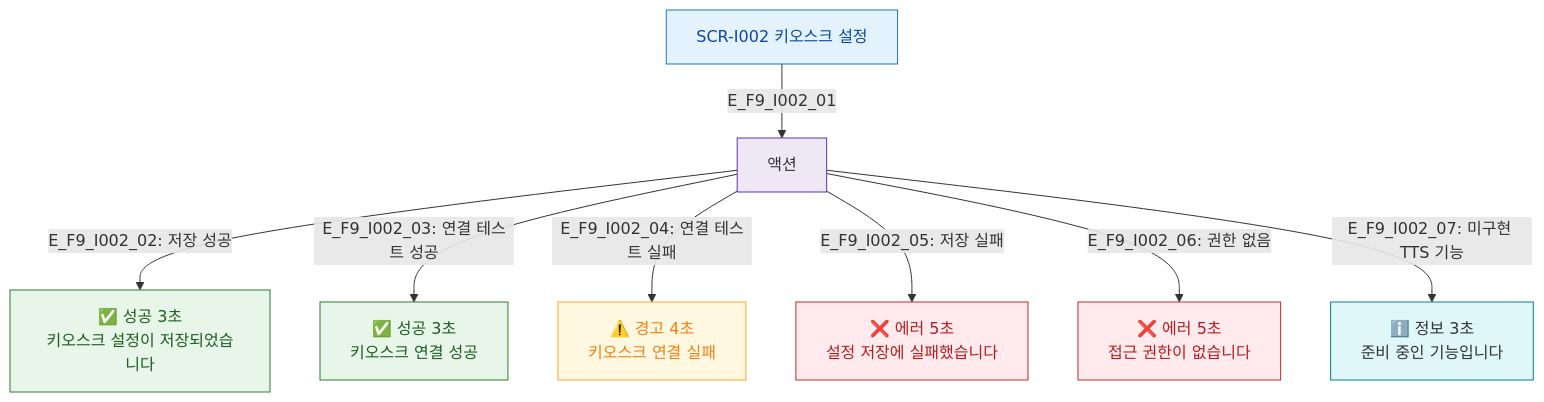
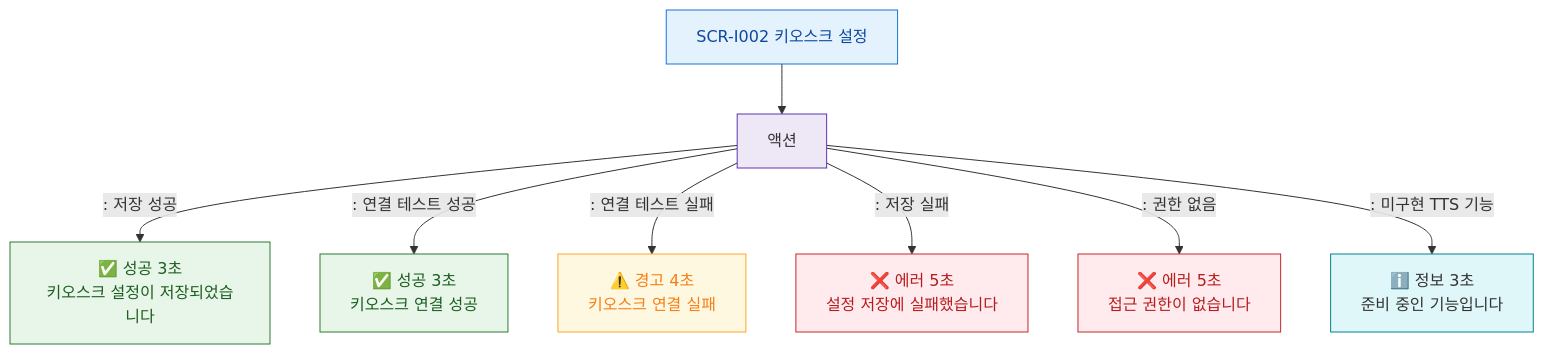
One commit to dev-spogym/admin-pando changed the diagram in docs/다이어그램/D11_통합운영/SCR-I002_키오스크설정/F9_토스트.md. Above: the diagram before and after it, drawn with Mermaid. The commit also changed other lines of this file and 1660 other files, not shown here.

First line of the commit message:
다이어그램: 기획자/클라이언트 납품본으로 정리

````diff
--- a/docs/다이어그램/D11_통합운영/SCR-I002_키오스크설정/F9_토스트.md
+++ b/docs/다이어그램/D11_통합운영/SCR-I002_키오스크설정/F9_토스트.md
@@ -16,24 +14,24 @@
 ```mermaid
 flowchart TD
-    SCR_I002[SCR-I002 키오스크 설정] -->|E_F9_I002_01| ACTIONS[액션]
+    SCR_I002[SCR-I002 키오스크 설정] --> ACTIONS[액션]
 
-    ACTIONS -->|"E_F9_I002_02: 저장 성공"| T_OK[✅ 성공 3초\n키오스크 설정이 저장되었습니다]
-    ACTIONS -->|"E_F9_I002_03: 연결 테스트 성공"| T_OK2[✅ 성공 3초\n키오스크 연결 성공]
-    ACTIONS -->|"E_F9_I002_04: 연결 테스트 실패"| T_WARN[⚠️ 경고 4초\n키오스크 연결 실패]
-    ACTIONS -->|"E_F9_I002_05: 저장 실패"| T_ERR[❌ 에러 5초\n설정 저장에 실패했습니다]
-    ACTIONS -->|"E_F9_I002_06: 권한 없음"| T_ERR2[❌ 에러 5초\n접근 권한이 없습니다]
-    ACTIONS -->|"E_F9_I002_07: 미구현 TTS 기능"| T_INFO[ℹ️ 정보 3초\n준비 중인 기능입니다]
+    ACTIONS -->|": 저장 성공"|T_OK[✅ 성공 3초\n키오스크 설정이 저장되었습니다]
+    ACTIONS -->|": 연결 테스트 성공"|T_OK2[✅ 성공 3초\n키오스크 연결 성공]
+    ACTIONS -->|": 연결 테스트 실패"|T_WARN[⚠️ 경고 4초\n키오스크 연결 실패]
+    ACTIONS -->|": 저장 실패"|T_ERR[❌ 에러 5초\n설정 저장에 실패했습니다]
+    ACTIONS -->|": 권한 없음"|T_ERR2[❌ 에러 5초\n접근 권한이 없습니다]
+    ACTIONS -->|": 미구현 TTS 기능"|T_INFO[ℹ️ 정보 3초\n준비 중인 기능입니다]
 
-    classDef success      fill:#E8F5E9,stroke:#2E7D32,color:#1B5E20
-    classDef warning      fill:#FFF8E1,stroke:#F9A825,color:#F57F17
-    classDef error        fill:#FFEBEE,stroke:#C62828,color:#B71C1C
-    classDef info         fill:#E0F7FA,stroke:#00838F
-    classDef screen       fill:#E3F2FD,stroke:#1976D2,color:#0D47A1
-    classDef system       fill:#EDE7F6,stroke:#5E35B2
+    classDef success fill:#E8F5E9,stroke:#2E7D32,color:#1B5E20
+    classDef warning fill:#FFF8E1,stroke:#F9A825,color:#F57F17
+    classDef error fill:#FFEBEE,stroke:#C62828,color:#B71C1C
+    classDef info fill:#E0F7FA,stroke:#00838F
+    classDef screen fill:#E3F2FD,stroke:#1976D2,color:#0D47A1
+    classDef system fill:#EDE7F6,stroke:#5E35B2
     class T_OK,T_OK2 success
     class T_WARN warning
     class T_ERR,T_ERR2 error
     class T_INFO info
     class SCR_I002 screen
     class ACTIONS system
 ```
````
